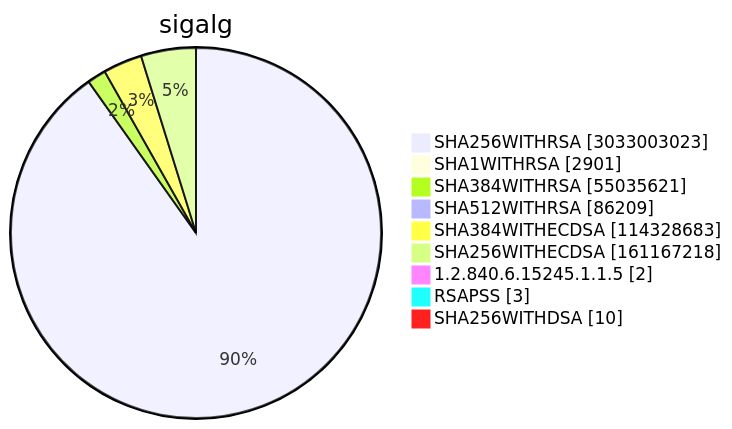
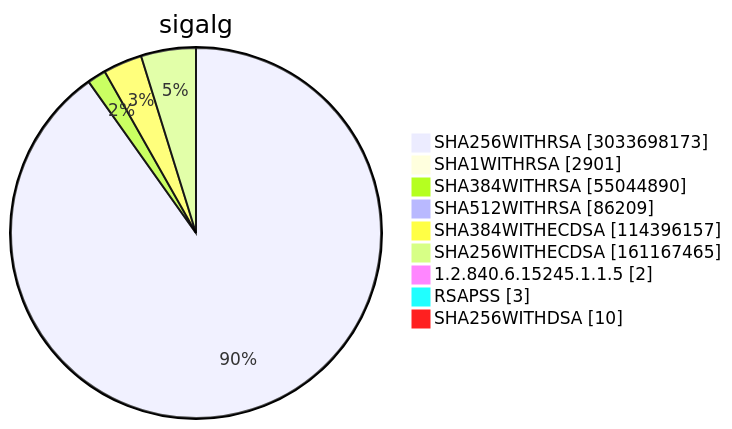
Diagram 15 of 15 in TOTAL/README.md (christiankrug/ctmonitor_visualization), drawn with Mermaid before and after one commit. The commit also changed other lines of this file, not shown here.

````diff
--- a/TOTAL/README.md
+++ b/TOTAL/README.md
@@ -6208,13 +6208,13 @@
 ```mermaid
 pie showData
 title sigalg
-"SHA256WITHRSA" :3033003023
+"SHA256WITHRSA" :3033698173
 "SHA1WITHRSA" :2901
-"SHA384WITHRSA" :55035621
+"SHA384WITHRSA" :55044890
 "SHA512WITHRSA" :86209
-"SHA384WITHECDSA" :114328683
-"SHA256WITHECDSA" :161167218
+"SHA384WITHECDSA" :114396157
+"SHA256WITHECDSA" :161167465
 "1.2.840.6.15245.1.1.5" :2
 "RSAPSS" :3
 "SHA256WITHDSA" :10
 ```
````
